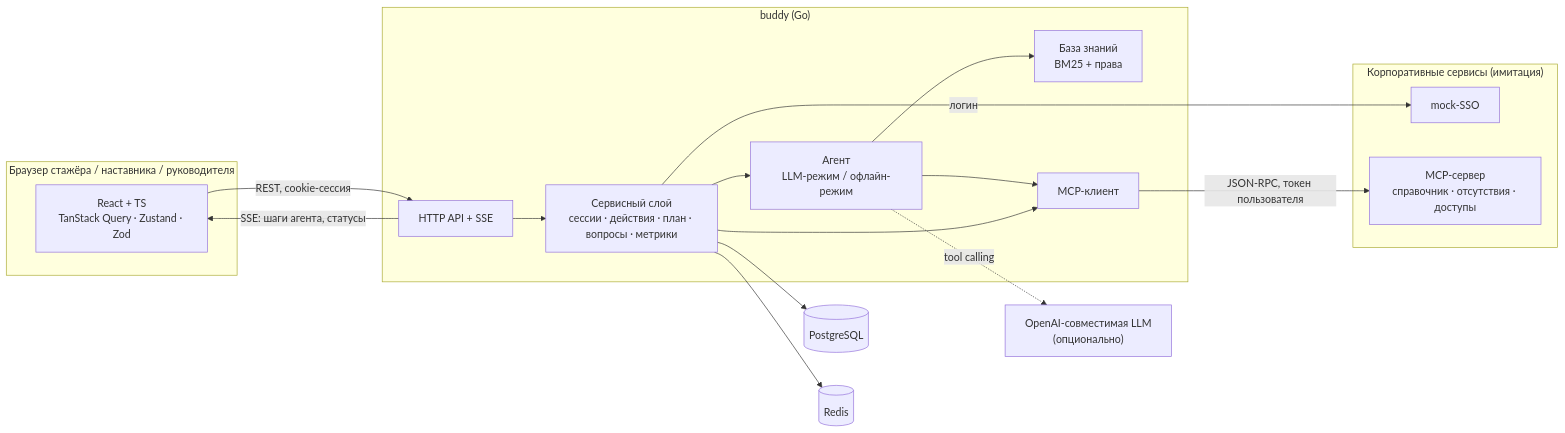
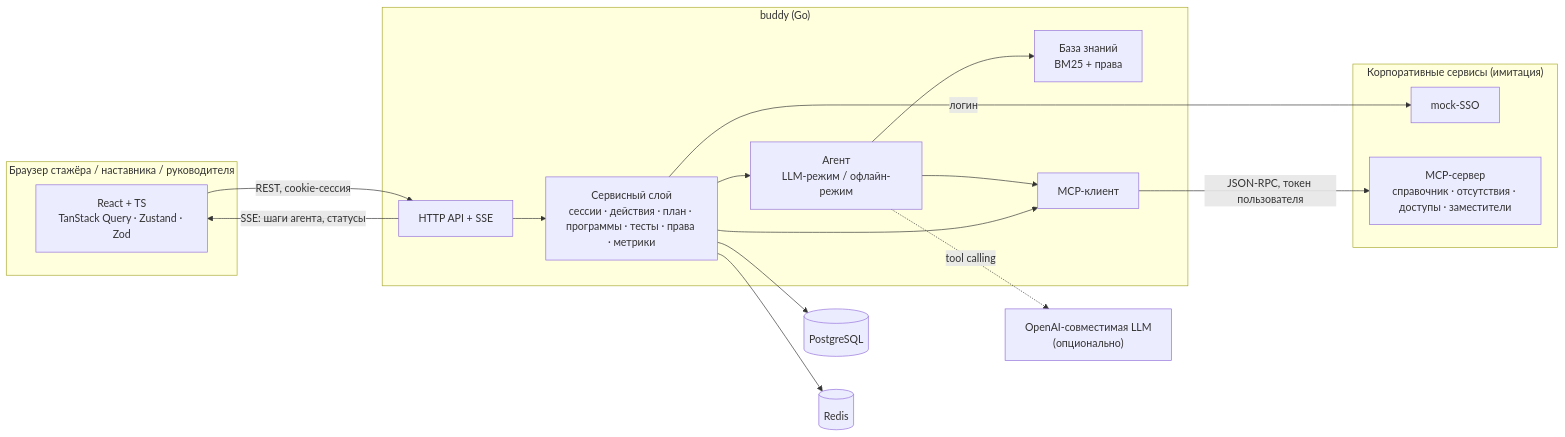
The first of 2 diagrams in docs/architecture.md (VV00nder/ai-buddy-hack-and-change-2026), drawn with Mermaid before and after one commit. The commit also changed other lines of this file and 28 other files, not shown here.

````diff
--- a/docs/architecture.md
+++ b/docs/architecture.md
@@ -3,32 +3,32 @@
 ```mermaid
 flowchart LR
   subgraph Browser["Браузер стажёра / наставника / руководителя"]
     UI["React + TS<br/>TanStack Query · Zustand · Zod"]
   end
   subgraph Buddy["buddy (Go)"]
     API["HTTP API + SSE"]
-    APP["Сервисный слой<br/>сессии · действия · план · вопросы · метрики"]
+    APP["Сервисный слой<br/>сессии · действия · план · программы · тесты · права · метрики"]
     AG["Агент<br/>LLM-режим / офлайн-режим"]
     KB["База знаний<br/>BM25 + права"]
     MCPc["MCP-клиент"]
   end
   subgraph Corp["Корпоративные сервисы (имитация)"]
     SSO["mock-SSO"]
-    MCPs["MCP-сервер<br/>справочник · отсутствия · доступы"]
+    MCPs["MCP-сервер<br/>справочник · отсутствия · доступы · заместители"]
   end
   PG[(PostgreSQL)]
   RD[(Redis)]
   LLM["OpenAI-совместимая LLM<br/>(опционально)"]
 
   UI -- "REST, cookie-сессия" --> API
   API -- "SSE: шаги агента, статусы" --> UI
   API --> APP --> AG
   AG --> KB
   AG --> MCPc
   APP --> MCPc
   MCPc -- "JSON-RPC, токен пользователя" --> MCPs
   APP -- "логин" --> SSO
   AG -. "tool calling" .-> LLM
   APP --> PG
   APP --> RD
 ```
````
